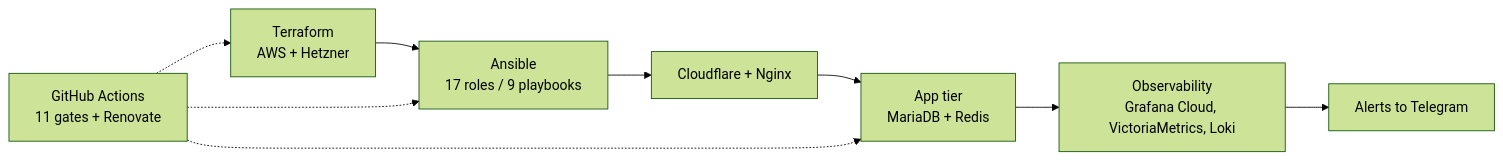
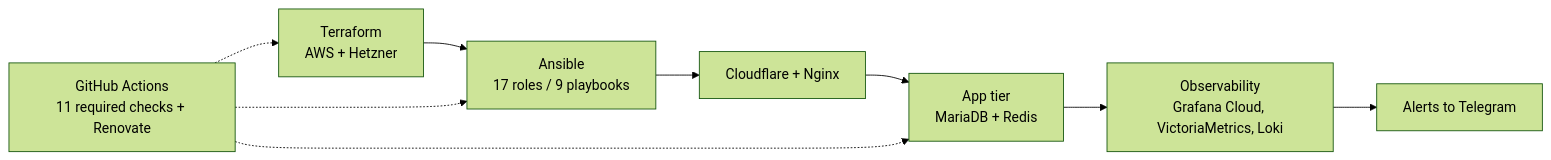
Before and after one commit to W1ckedS1ck/W1ckedS1ck: the diagram in readme.md, drawn with Mermaid (forest theme). The commit also changed other lines of this file, not shown here.

````diff
--- a/readme.md
+++ b/readme.md
@@ -22,11 +19,11 @@
 ```mermaid
 flowchart LR
     TF["Terraform<br/>AWS + Hetzner"] --> AN["Ansible<br/>17 roles / 9 playbooks"]
     AN --> EDGE["Cloudflare + Nginx"]
     EDGE --> APP["App tier<br/>MariaDB + Redis"]
     APP --> OBS["Observability<br/>Grafana Cloud, VictoriaMetrics, Loki"]
     OBS --> TG["Alerts to Telegram"]
-    CI["GitHub Actions<br/>11 gates + Renovate"] -.-> TF
+    CI["GitHub Actions<br/>11 required checks + Renovate"] -.-> TF
     CI -.-> AN
     CI -.-> APP
 ```
````
